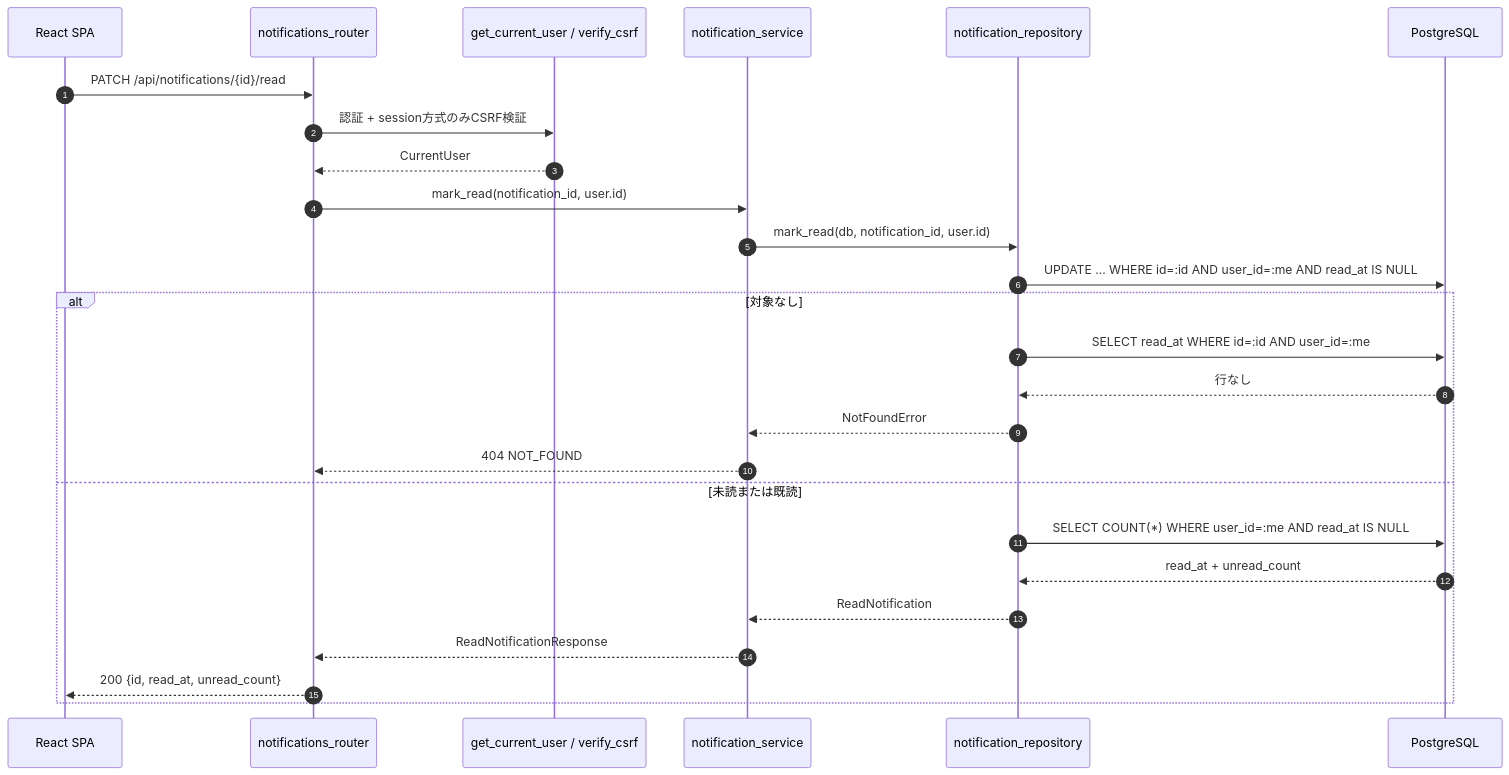
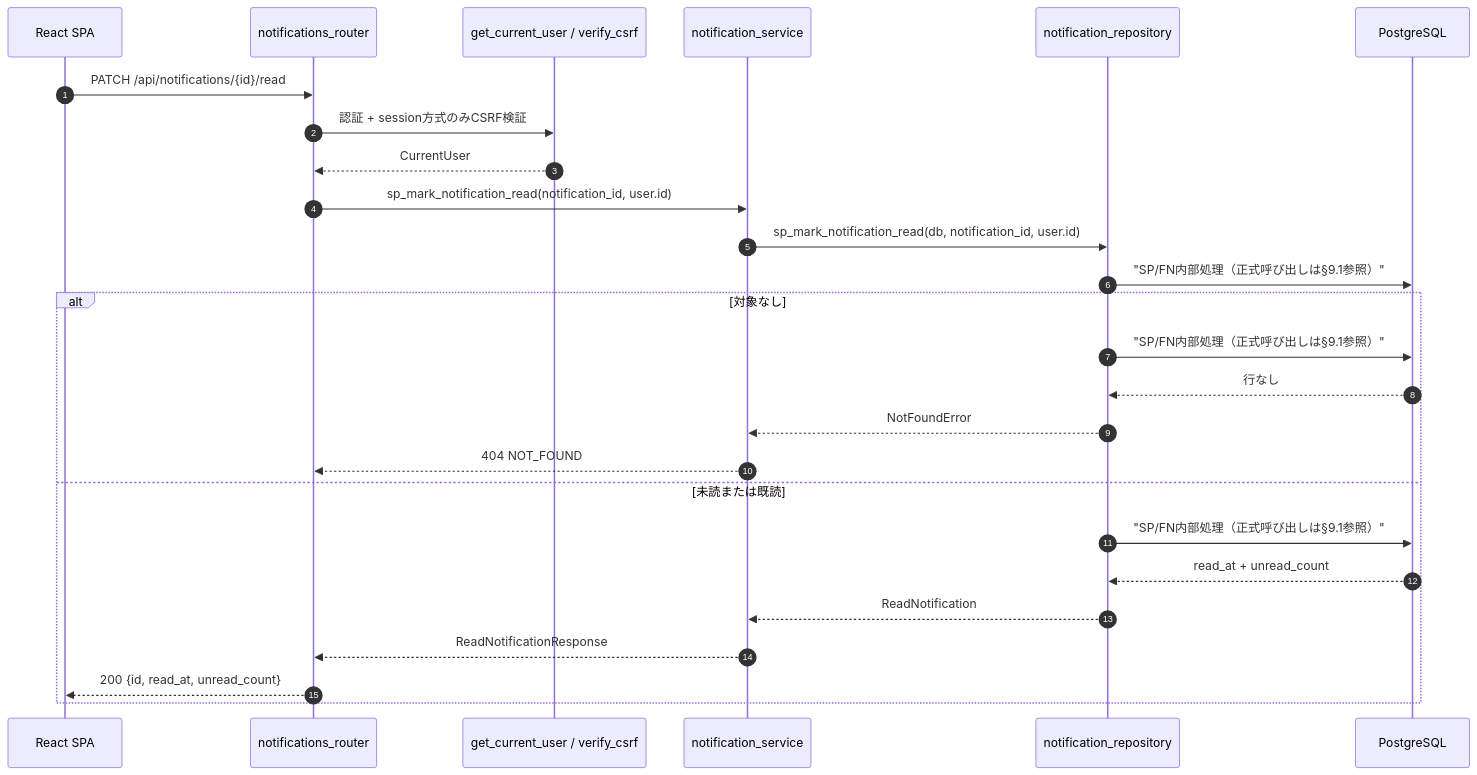
The first of 4 diagrams in detailed_design/api/notifications/03_patch_notification_read.md (oikawa-d/task_management), drawn with Mermaid before and after one commit. The commit also changed other lines of this file and 58 other files, not shown here.

````diff
--- a/detailed_design/api/notifications/03_patch_notification_read.md
+++ b/detailed_design/api/notifications/03_patch_notification_read.md
@@ -66,29 +66,29 @@
 ```mermaid
 sequenceDiagram
     autonumber
     participant FE as React SPA
     participant R as notifications_router
     participant D as get_current_user / verify_csrf
     participant S as notification_service
     participant NR as notification_repository
     participant PG as PostgreSQL
 
     FE->>R: PATCH /api/notifications/{id}/read
     R->>D: 認証 + session方式のみCSRF検証
     D-->>R: CurrentUser
-    R->>S: mark_read(notification_id, user.id)
-    S->>NR: mark_read(db, notification_id, user.id)
-    NR->>PG: UPDATE ... WHERE id=:id AND user_id=:me AND read_at IS NULL
+    R->>S: sp_mark_notification_read(notification_id, user.id)
+    S->>NR: sp_mark_notification_read(db, notification_id, user.id)
+    NR->>PG: "SP/FN内部処理（正式呼び出しは§9.1参照）"
     alt 対象なし
-        NR->>PG: SELECT read_at WHERE id=:id AND user_id=:me
+        NR->>PG: "SP/FN内部処理（正式呼び出しは§9.1参照）"
         PG-->>NR: 行なし
         NR-->>S: NotFoundError
         S-->>R: 404 NOT_FOUND
     else 未読または既読
-        NR->>PG: SELECT COUNT(*) WHERE user_id=:me AND read_at IS NULL
+        NR->>PG: "SP/FN内部処理（正式呼び出しは§9.1参照）"
         PG-->>NR: read_at + unread_count
         NR-->>S: ReadNotification
         S-->>R: ReadNotificationResponse
         R-->>FE: 200 {id, read_at, unread_count}
     end
 ```
````
